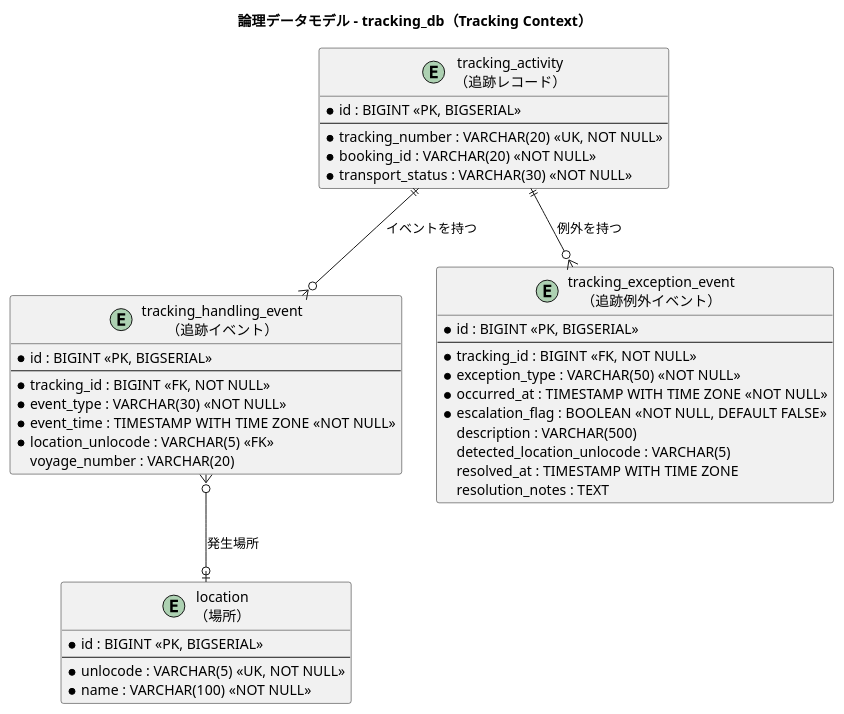
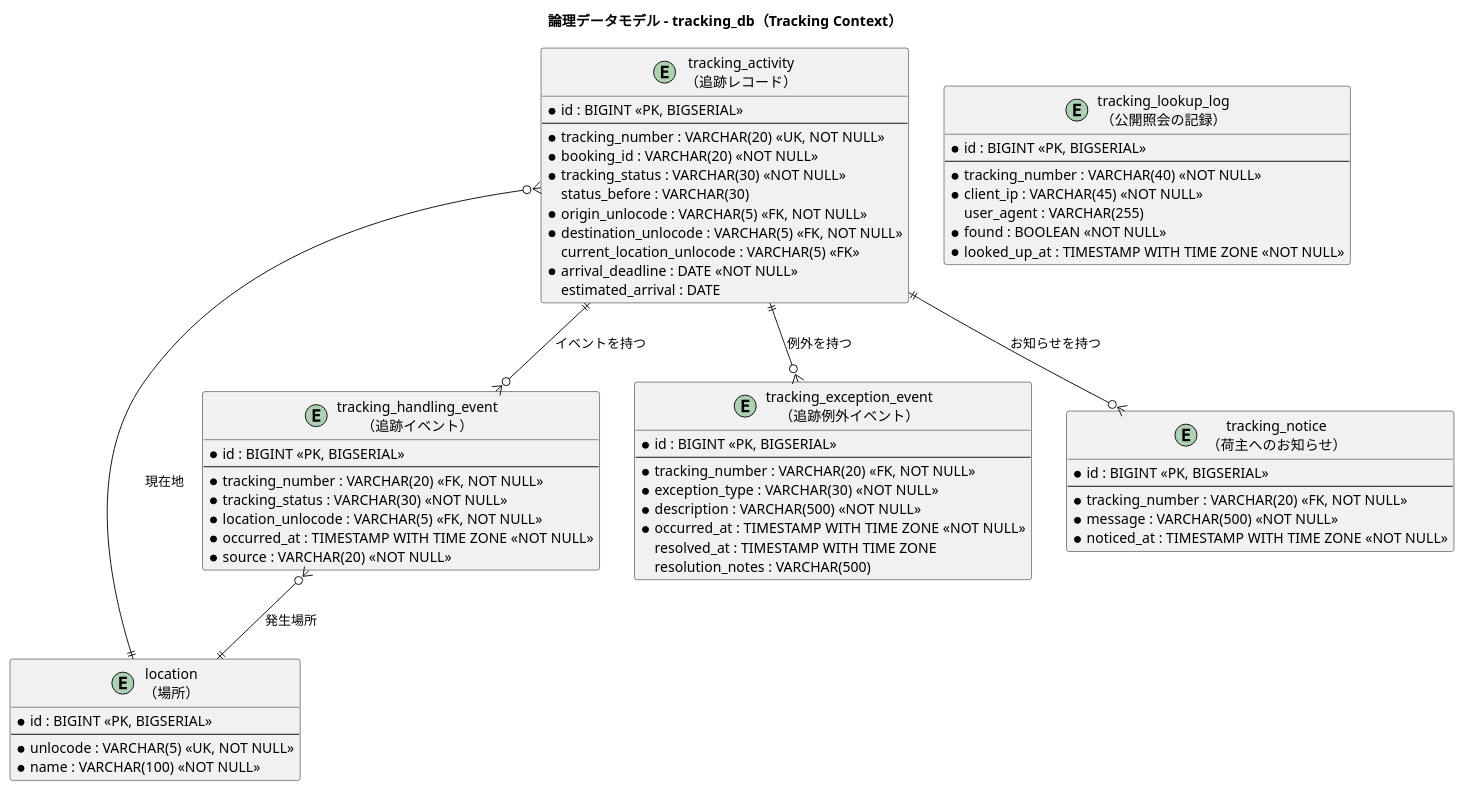
One commit to k2works/case-study-cargo-tracker changed the fifth of 7 diagrams in docs/design/data-model.md. Above: the diagram before and after it, drawn with PlantUML. The commit also changed other lines of this file and 31 other files, not shown here.

````diff
--- a/docs/design/data-model.md
+++ b/docs/design/data-model.md
@@ -579,48 +579,72 @@
 ```plantuml
 @startuml
 title 論理データモデル - tracking_db（Tracking Context）
 
 entity "location\n（場所）" as location {
   * id : BIGINT <<PK, BIGSERIAL>>
   --
   * unlocode : VARCHAR(5) <<UK, NOT NULL>>
   * name : VARCHAR(100) <<NOT NULL>>
 }
 
 entity "tracking_activity\n（追跡レコード）" as tracking_activity {
   * id : BIGINT <<PK, BIGSERIAL>>
   --
   * tracking_number : VARCHAR(20) <<UK, NOT NULL>>
   * booking_id : VARCHAR(20) <<NOT NULL>>
-  * transport_status : VARCHAR(30) <<NOT NULL>>
+  * tracking_status : VARCHAR(30) <<NOT NULL>>
+  status_before : VARCHAR(30)
+  * origin_unlocode : VARCHAR(5) <<FK, NOT NULL>>
+  * destination_unlocode : VARCHAR(5) <<FK, NOT NULL>>
+  current_location_unlocode : VARCHAR(5) <<FK>>
+  * arrival_deadline : DATE <<NOT NULL>>
+  estimated_arrival : DATE
 }
 
 entity "tracking_handling_event\n（追跡イベント）" as tracking_handling_event {
   * id : BIGINT <<PK, BIGSERIAL>>
   --
-  * tracking_id : BIGINT <<FK, NOT NULL>>
-  * event_type : VARCHAR(30) <<NOT NULL>>
-  * event_time : TIMESTAMP WITH TIME ZONE <<NOT NULL>>
-  * location_unlocode : VARCHAR(5) <<FK>>
-  voyage_number : VARCHAR(20)
+  * tracking_number : VARCHAR(20) <<FK, NOT NULL>>
+  * tracking_status : VARCHAR(30) <<NOT NULL>>
+  * location_unlocode : VARCHAR(5) <<FK, NOT NULL>>
+  * occurred_at : TIMESTAMP WITH TIME ZONE <<NOT NULL>>
+  * source : VARCHAR(20) <<NOT NULL>>
 }
 
 entity "tracking_exception_event\n（追跡例外イベント）" as tracking_exception_event {
   * id : BIGINT <<PK, BIGSERIAL>>
   --
-  * tracking_id : BIGINT <<FK, NOT NULL>>
-  * exception_type : VARCHAR(50) <<NOT NULL>>
+  * tracking_number : VARCHAR(20) <<FK, NOT NULL>>
+  * exception_type : VARCHAR(30) <<NOT NULL>>
+  * description : VARCHAR(500) <<NOT NULL>>
   * occurred_at : TIMESTAMP WITH TIME ZONE <<NOT NULL>>
-  * escalation_flag : BOOLEAN <<NOT NULL, DEFAULT FALSE>>
-  description : VARCHAR(500)
-  detected_location_unlocode : VARCHAR(5)
   resolved_at : TIMESTAMP WITH TIME ZONE
-  resolution_notes : TEXT
+  resolution_notes : VARCHAR(500)
+}
+
+entity "tracking_notice\n（荷主へのお知らせ）" as tracking_notice {
+  * id : BIGINT <<PK, BIGSERIAL>>
+  --
+  * tracking_number : VARCHAR(20) <<FK, NOT NULL>>
+  * message : VARCHAR(500) <<NOT NULL>>
+  * noticed_at : TIMESTAMP WITH TIME ZONE <<NOT NULL>>
+}
+
+entity "tracking_lookup_log\n（公開照会の記録）" as tracking_lookup_log {
+  * id : BIGINT <<PK, BIGSERIAL>>
+  --
+  * tracking_number : VARCHAR(40) <<NOT NULL>>
+  * client_ip : VARCHAR(45) <<NOT NULL>>
+  user_agent : VARCHAR(255)
+  * found : BOOLEAN <<NOT NULL>>
+  * looked_up_at : TIMESTAMP WITH TIME ZONE <<NOT NULL>>
 }
 
 tracking_activity ||--o{ tracking_handling_event : "イベントを持つ"
 tracking_activity ||--o{ tracking_exception_event : "例外を持つ"
-tracking_handling_event }o--o| location : "発生場所"
+tracking_activity ||--o{ tracking_notice : "お知らせを持つ"
+tracking_handling_event }o--|| location : "発生場所"
+tracking_activity }o--|| location : "現在地"
 
 @enduml
 ```
````
